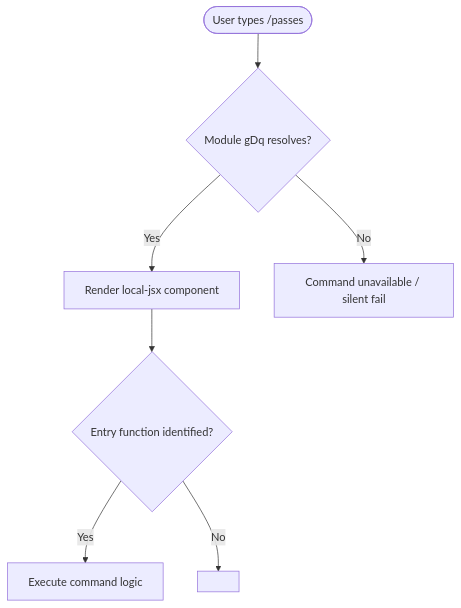
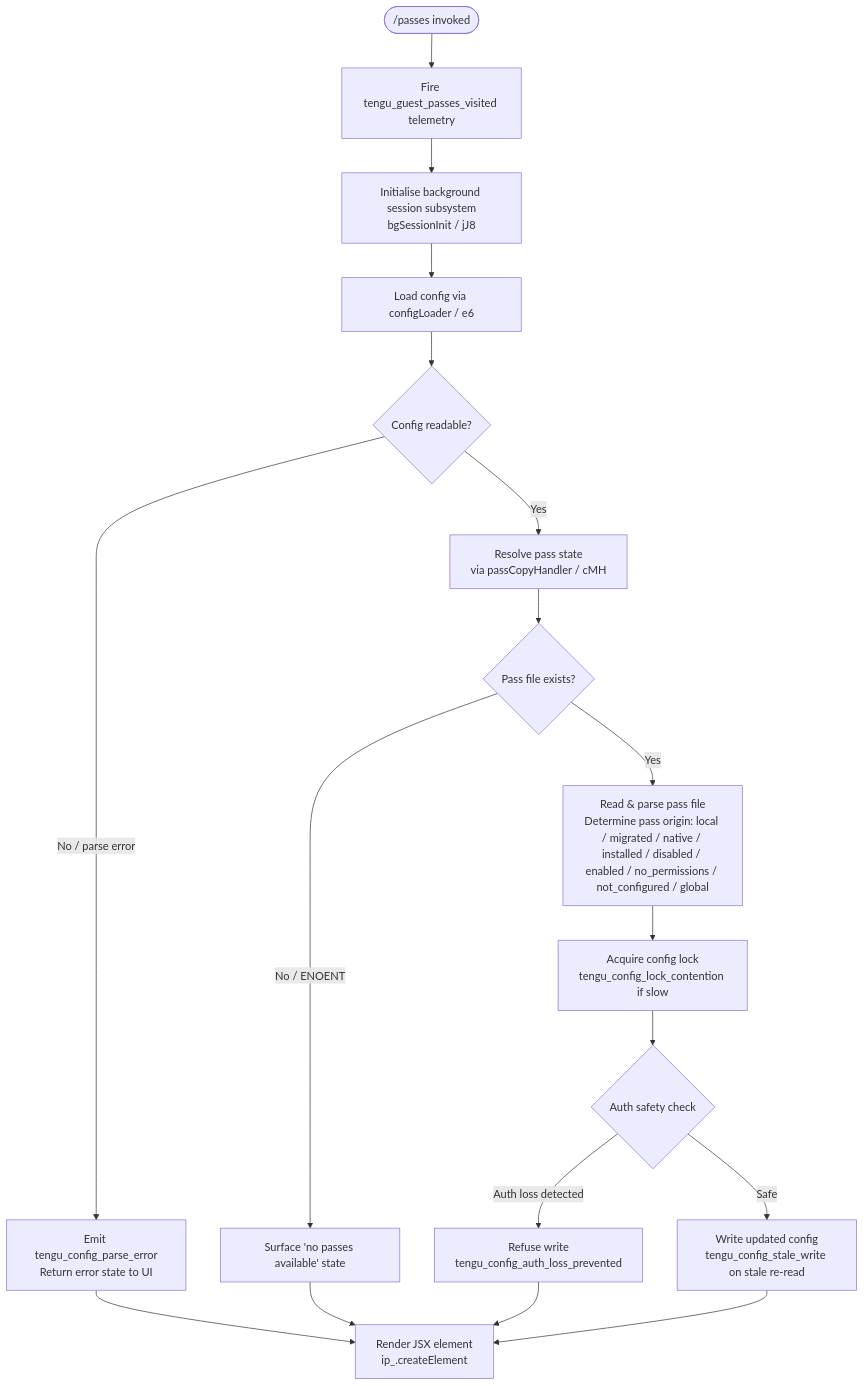
One commit to MyLittleLuckyDog/cc-gnothi changed the diagram in versions/v2.1.141/passes.md. Above: the diagram before and after it, drawn with Mermaid. The commit also changed other lines of this file and 483 other files, not shown here.

````diff
--- a/versions/v2.1.141/passes.md
+++ b/versions/v2.1.141/passes.md
@@ -47,9 +55,20 @@
 ```mermaid
 flowchart TD
-    A([User types /passes]) --> B{Module gDq resolves?}
-    B -- Yes --> C[Render local-jsx component]
-    B -- No --> D[Command unavailable / silent fail]
-    C --> E{Entry function identified?}
-    E -- Yes --> F[Execute command logic]
-    E -- No --> G[<!-- TODO: not found in depth-2 traversal; needs --depth 4 -->]
+    A(["/passes invoked"]) --> B[Fire tengu_guest_passes_visited telemetry]
+    B --> C[Initialise background session subsystem\nbgSessionInit / jJ8]
+    C --> D[Load config via configLoader / e6]
+    D --> E{Config readable?}
+    E -- No / parse error --> F[Emit tengu_config_parse_error\nReturn error state to UI]
+    E -- Yes --> G[Resolve pass state\nvia passCopyHandler / cMH]
+    G --> H{Pass file exists?}
+    H -- No / ENOENT --> I[Surface 'no passes available' state]
+    H -- Yes --> J[Read & parse pass file\nDetermine pass origin: local / migrated / native / installed / disabled / enabled / no_permissions / not_configured / global]
+    J --> K[Acquire config lock\ntengu_config_lock_contention if slow]
+    K --> L{Auth safety check}
+    L -- Auth loss detected --> M[Refuse write\ntengu_config_auth_loss_prevented]
+    L -- Safe --> N[Write updated config\ntengu_config_stale_write on stale re-read]
+    N --> O[Render JSX element\nip_.createElement]
+    I --> O
+    F --> O
+    M --> O
 ```
````
